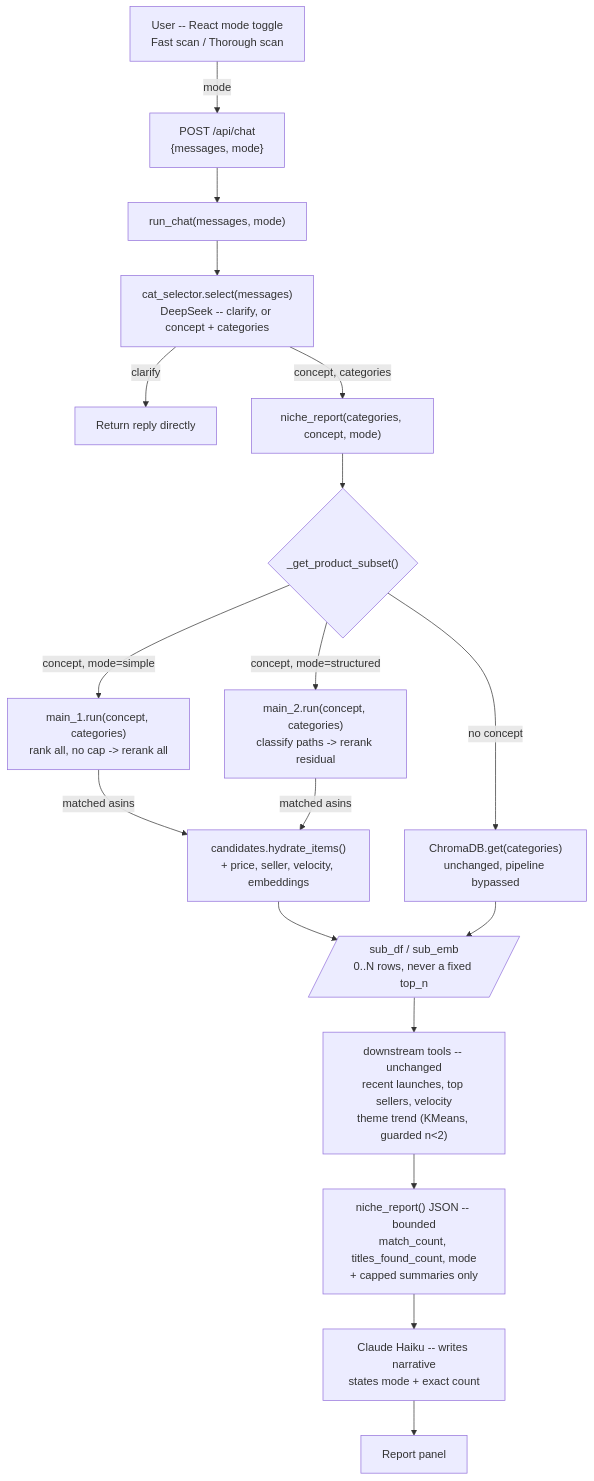
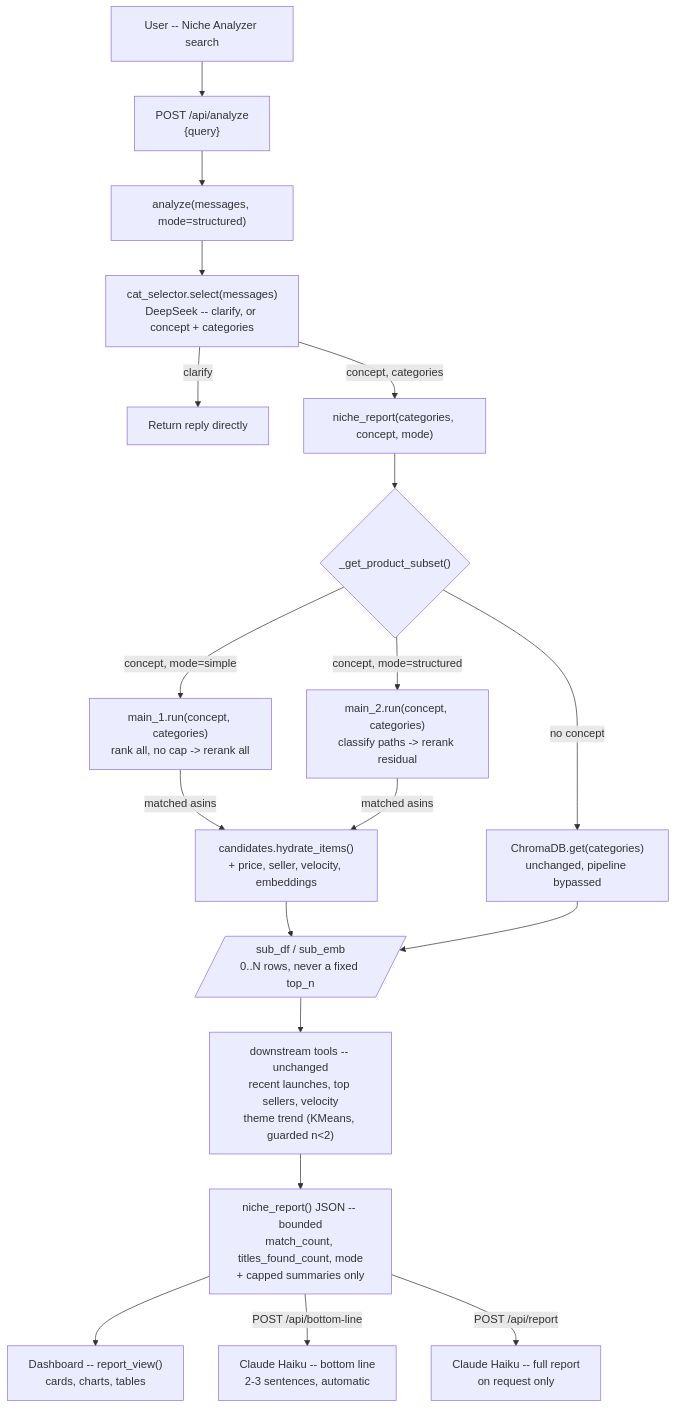
One commit to nlp4725/Amazon_seller_research_assistant changed the diagram in README.md. Above: the diagram before and after it, drawn with Mermaid. The commit also changed other lines of this file and 10 other files, not shown here.

First line of the commit message:
Show the dashboard first; write the bottom line and full report separately

````diff
--- a/README.md
+++ b/README.md
@@ -193,20 +195,21 @@
 ```mermaid
 flowchart TD
-    U["User -- React mode toggle\nFast scan / Thorough scan"] -->|mode| A["POST /api/chat\n{messages, mode}"]
-    A --> R["run_chat(messages, mode)"]
+    U["User -- Niche Analyzer search"] --> A["POST /api/analyze\n{query}"]
+    A --> R["analyze(messages, mode=structured)"]
     R --> C1["cat_selector.select(messages)\nDeepSeek -- clarify, or concept + categories"]
     C1 -->|clarify| RP["Return reply directly"]
     C1 -->|concept, categories| N["niche_report(categories, concept, mode)"]
     N --> D{"_get_product_subset()"}
     D -->|"concept, mode=simple"| M1["main_1.run(concept, categories)\nrank all, no cap -> rerank all"]
     D -->|"concept, mode=structured"| M2["main_2.run(concept, categories)\nclassify paths -> rerank residual"]
     D -->|"no concept"| CH["ChromaDB.get(categories)\nunchanged, pipeline bypassed"]
     M1 -->|matched asins| H["candidates.hydrate_items()\n+ price, seller, velocity, embeddings"]
     M2 -->|matched asins| H
     H --> S[/"sub_df / sub_emb\n0..N rows, never a fixed top_n"/]
     CH --> S
     S --> T["downstream tools -- unchanged\nrecent launches, top sellers, velocity\ntheme trend (KMeans, guarded n<2)"]
     T --> J["niche_report() JSON -- bounded\nmatch_count, titles_found_count, mode\n+ capped summaries only"]
-    J --> C2["Claude Haiku -- writes narrative\nstates mode + exact count"]
-    C2 --> P["Report panel"]
+    J --> P["Dashboard -- report_view()\ncards, charts, tables"]
+    J -->|"POST /api/bottom-line"| C1b["Claude Haiku -- bottom line\n2-3 sentences, automatic"]
+    J -->|"POST /api/report"| C2["Claude Haiku -- full report\non request only"]
 ```
````
